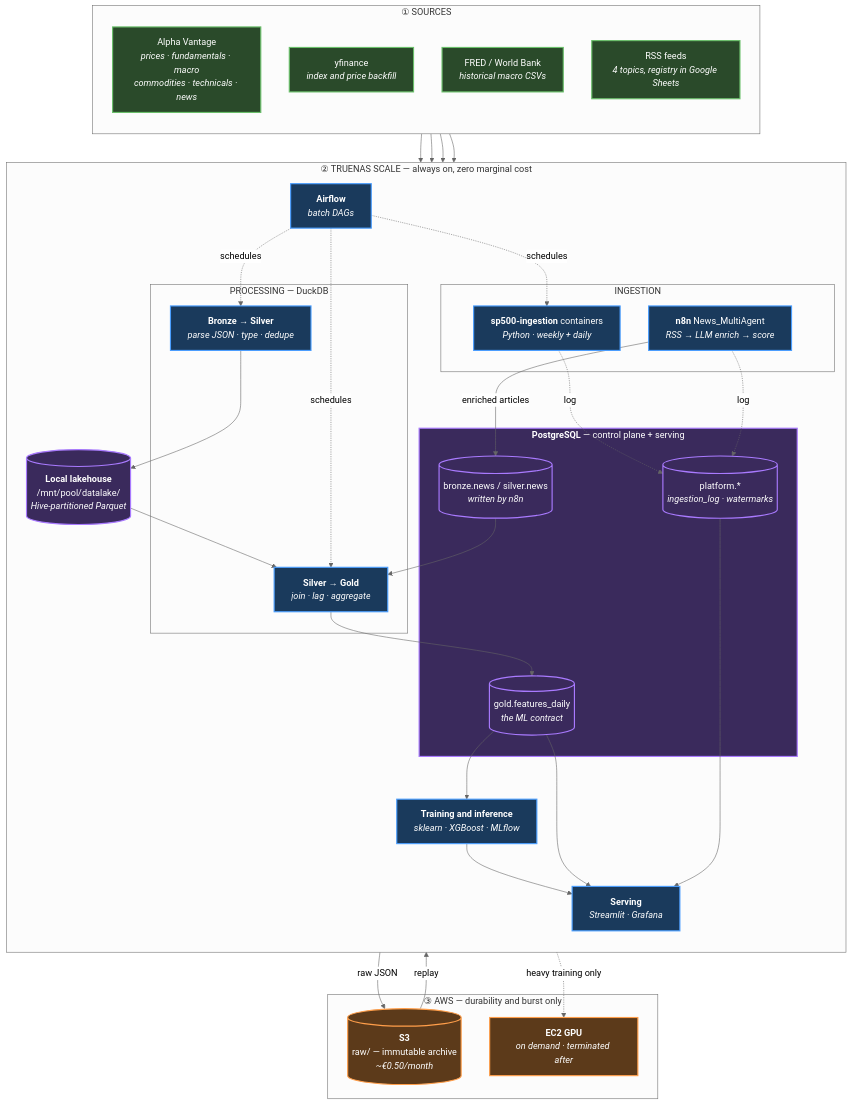
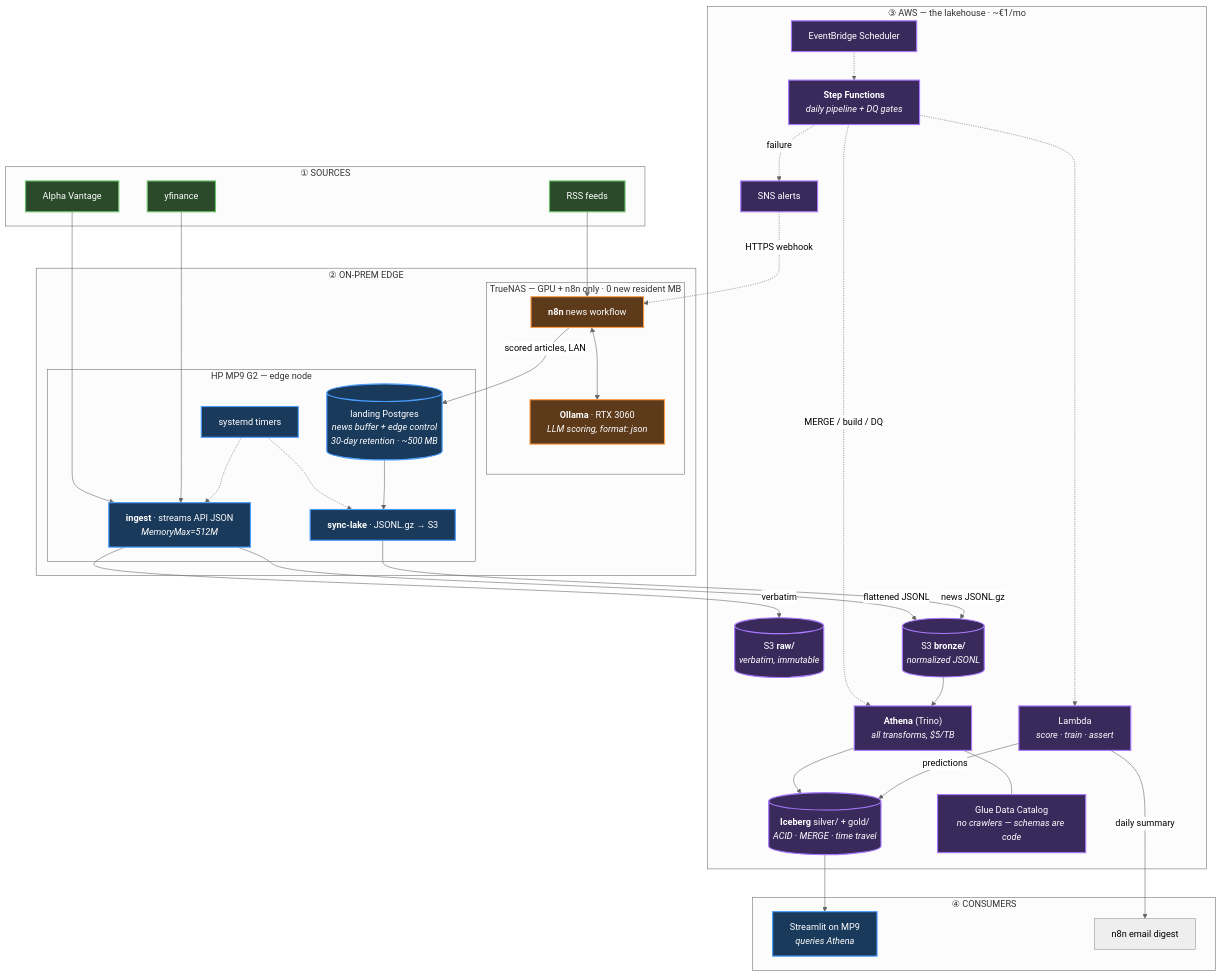
One commit to Tiago-B-C-Reis/AI_SP500 changed the diagram in ARCHITECTURE.md. Above: the diagram before and after it, drawn with Mermaid (neutral theme). The commit also changed other lines of this file and 39 other files, not shown here.

````diff
--- a/ARCHITECTURE.md
+++ b/ARCHITECTURE.md
@@ -59,77 +58,74 @@
 ```mermaid
 flowchart TB
     subgraph SRC["① SOURCES"]
-        direction TB
-        AV["Alpha Vantage<br/><i>prices · fundamentals · macro<br/>commodities · technicals · news</i>"]
-        YF["yfinance<br/><i>index and price backfill</i>"]
-        FRED["FRED / World Bank<br/><i>historical macro CSVs</i>"]
-        RSS["RSS feeds<br/><i>4 topics, registry in Google Sheets</i>"]
+        AV["Alpha Vantage"]
+        YF["yfinance"]
+        RSS["RSS feeds"]
     end
 
-    subgraph NAS["② TRUENAS SCALE — always on, zero marginal cost"]
-        direction TB
-
-        subgraph ING["INGESTION"]
-            PY["<b>sp500-ingestion</b> containers<br/><i>Python · weekly + daily</i>"]
-            N8N["<b>n8n</b> News_MultiAgent<br/><i>RSS → LLM enrich → score</i>"]
+    subgraph EDGE["② ON-PREM EDGE"]
+        subgraph NAS["TrueNAS — GPU + n8n only · 0 new resident MB"]
+            N8N["<b>n8n</b> news workflow"]
+            OLLAMA["<b>Ollama</b> · RTX 3060<br/><i>LLM scoring, format: json</i>"]
         end
-
-        subgraph PROC["PROCESSING — DuckDB"]
-            B2S["<b>Bronze → Silver</b><br/><i>parse JSON · type · dedupe</i>"]
-            S2G["<b>Silver → Gold</b><br/><i>join · lag · aggregate</i>"]
+        subgraph MP9["HP MP9 G2 — edge node"]
+            TIMERS["systemd timers"]
+            INGEST["<b>ingest</b> · streams API JSON<br/><i>MemoryMax=512M</i>"]
+            LPG[("landing Postgres<br/><i>news buffer + edge control<br/>30-day retention · ~500 MB</i>")]
+            SYNC["<b>sync-lake</b> · JSONL.gz → S3"]
         end
-
-        subgraph PG["<b>PostgreSQL</b> — control plane + serving"]
-            CTL[("platform.*<br/><i>ingestion_log · watermarks</i>")]
-            NEWS[("bronze.news / silver.news<br/><i>written by n8n</i>")]
-            GOLD[("gold.features_daily<br/><i>the ML contract</i>")]
-        end
-
-        LAKE[("<b>Local lakehouse</b><br/>/mnt/pool/datalake/<br/><i>Hive-partitioned Parquet</i>")]
-
-        AF["<b>Airflow</b><br/><i>batch DAGs</i>"]
-        ML["<b>Training and inference</b><br/><i>sklearn · XGBoost · MLflow</i>"]
-        SRV["<b>Serving</b><br/><i>Streamlit · Grafana</i>"]
     end
 
-    subgraph AWS["③ AWS — durability and burst only"]
-        S3[("<b>S3</b><br/>raw/ — immutable archive<br/><i>~€0.50/month</i>")]
-        EC2["<b>EC2 GPU</b><br/><i>on demand · terminated after</i>"]
+    subgraph AWS["③ AWS — the lakehouse · ~€1/mo"]
+        S3RAW[("S3 <b>raw/</b><br/><i>verbatim, immutable</i>")]
+        S3BRZ[("S3 <b>bronze/</b><br/><i>normalized JSONL</i>")]
+        ICE[("<b>Iceberg</b> silver/ + gold/<br/><i>ACID · MERGE · time travel</i>")]
+        GLUE["Glue Data Catalog<br/><i>no crawlers — schemas are code</i>"]
+        ATH["<b>Athena</b> (Trino)<br/><i>all transforms, $5/TB</i>"]
+        SFN["<b>Step Functions</b><br/><i>daily pipeline + DQ gates</i>"]
+        EB["EventBridge Scheduler"]
+        LAM["Lambda<br/><i>score · train · assert</i>"]
+        SNS["SNS alerts"]
     end
 
-    AV --> PY
-    YF --> PY
-    FRED --> PY
+    subgraph SERVE["④ CONSUMERS"]
+        DASH["Streamlit on MP9<br/><i>queries Athena</i>"]
+        DIGEST["n8n email digest"]
+    end
+
+    AV --> INGEST
+    YF --> INGEST
     RSS --> N8N
+    N8N <--> OLLAMA
+    N8N -->|"scored articles, LAN"| LPG
 
-    PY -->|"raw JSON"| S3
-    PY -.->|"log"| CTL
-    N8N -->|"enriched articles"| NEWS
-    N8N -.->|"log"| CTL
+    INGEST -->|"verbatim"| S3RAW
+    INGEST -->|"flattened JSONL"| S3BRZ
+    TIMERS -.-> INGEST
+    TIMERS -.-> SYNC
+    LPG --> SYNC
+    SYNC -->|"news JSONL.gz"| S3BRZ
 
-    S3 -->|"replay"| B2S
-    NEWS --> S2G
-    B2S --> LAKE
-    LAKE --> S2G
-    S2G --> GOLD
+    EB -.-> SFN
+    SFN -.->|"MERGE / build / DQ"| ATH
+    ATH --- GLUE
+    S3BRZ --> ATH
+    ATH --> ICE
+    SFN -.-> LAM
+    LAM -->|"predictions"| ICE
+    SFN -.->|"failure"| SNS
+    SNS -.->|"HTTPS webhook"| N8N
 
-    AF -.->|"schedules"| PY
-    AF -.->|"schedules"| B2S
-    AF -.->|"schedules"| S2G
+    ICE --> DASH
+    LAM -->|"daily summary"| DIGEST
 
-    GOLD --> ML
-    ML -.->|"heavy training only"| EC2
-    ML --> SRV
-    GOLD --> SRV
-    CTL --> SRV
+    classDef nas fill:#5c3a1a,stroke:#ff9e4a,stroke-width:2px,color:#fff
+    classDef mp9 fill:#1a3a5c,stroke:#4a9eff,stroke-width:2px,color:#fff
+    classDef aws fill:#3a2a5c,stroke:#a97aff,stroke-width:2px,color:#fff
+    classDef src fill:#2a4a2a,stroke:#6abf6a,stroke-width:2px,color:#fff
 
-    classDef nas fill:#1a3a5c,stroke:#4a9eff,stroke-width:2px,color:#fff
-    classDef aws fill:#5c3a1a,stroke:#ff9e4a,stroke-width:2px,color:#fff
-    classDef src fill:#2a4a2a,stroke:#6abf6a,stroke-width:2px,color:#fff
-    classDef store fill:#3a2a5c,stroke:#a97aff,stroke-width:2px,color:#fff
-
-    class PY,N8N,B2S,S2G,AF,ML,SRV nas
-    class S3,EC2 aws
-    class AV,YF,FRED,RSS src
-    class PG,LAKE,CTL,NEWS,GOLD store
+    class N8N,OLLAMA nas
+    class TIMERS,INGEST,LPG,SYNC,DASH mp9
+    class S3RAW,S3BRZ,ICE,GLUE,ATH,SFN,EB,LAM,SNS aws
+    class AV,YF,RSS src
 ```
````
